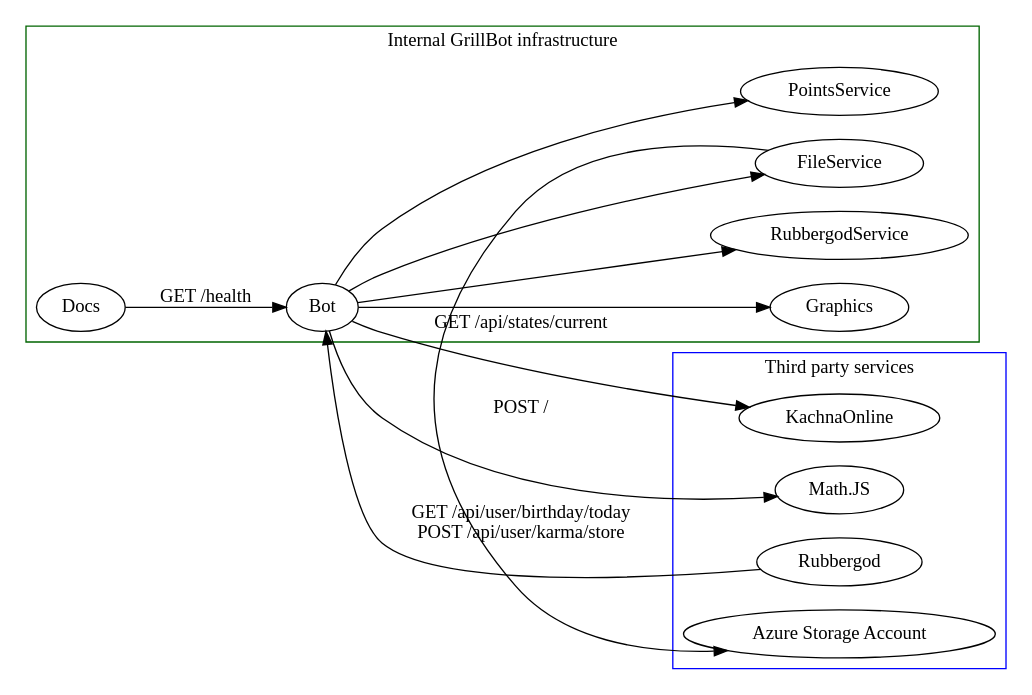
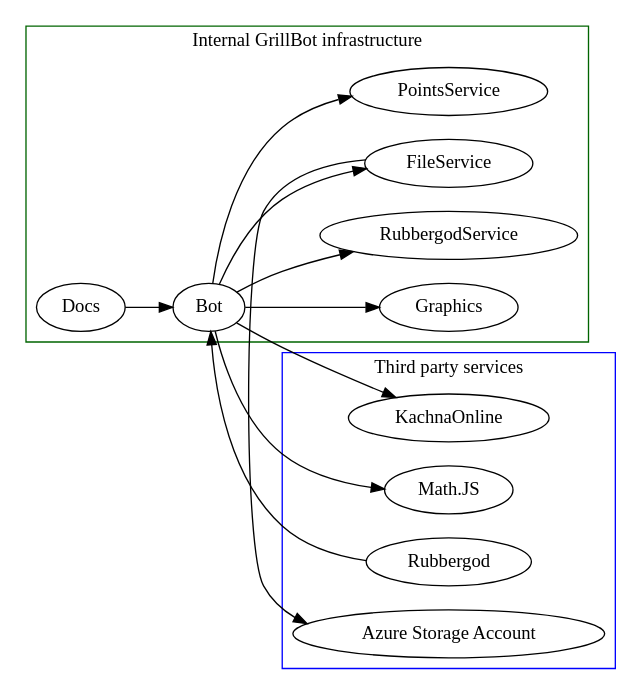
The diagram in data/communication.dot (GrillBot/grillbot-docs), drawn with Graphviz before and after one commit. The commit also changed 25 other files, not shown here.

```diff
--- a/data/communication.dot
+++ b/data/communication.dot
@@ -1,37 +1,37 @@
 digraph GrillBotInfrastructure {
     rankdir=LR
     
     subgraph cluster_0 {
         color=Darkgreen
         
         Bot
         Graphics
         Docs
         RubbergodService
         FileService
         PointsService
         
         label = "Internal GrillBot infrastructure";
     }
 
     subgraph cluster_1 {
         color=blue
         
         KachnaOnline
         MathJs[label="Math.JS"]
         Rubbergod
         AzureStorageAccount[label="Azure Storage Account"]
         
         label = "Third party services";
     }
   
-    Docs -> Bot [label="GET /health"]
-    Bot -> MathJs [label="POST /"]
-    Bot -> KachnaOnline [label="GET /api/states/current"]
+    Docs -> Bot
+    Bot -> MathJs
+    Bot -> KachnaOnline
     Bot -> Graphics
     Bot -> RubbergodService
     Bot -> PointsService
-    Rubbergod -> Bot [label="GET /api/user/birthday/today\nPOST /api/user/karma/store"]
+    Rubbergod -> Bot
     Bot -> FileService
     FileService -> AzureStorageAccount
 }
```
